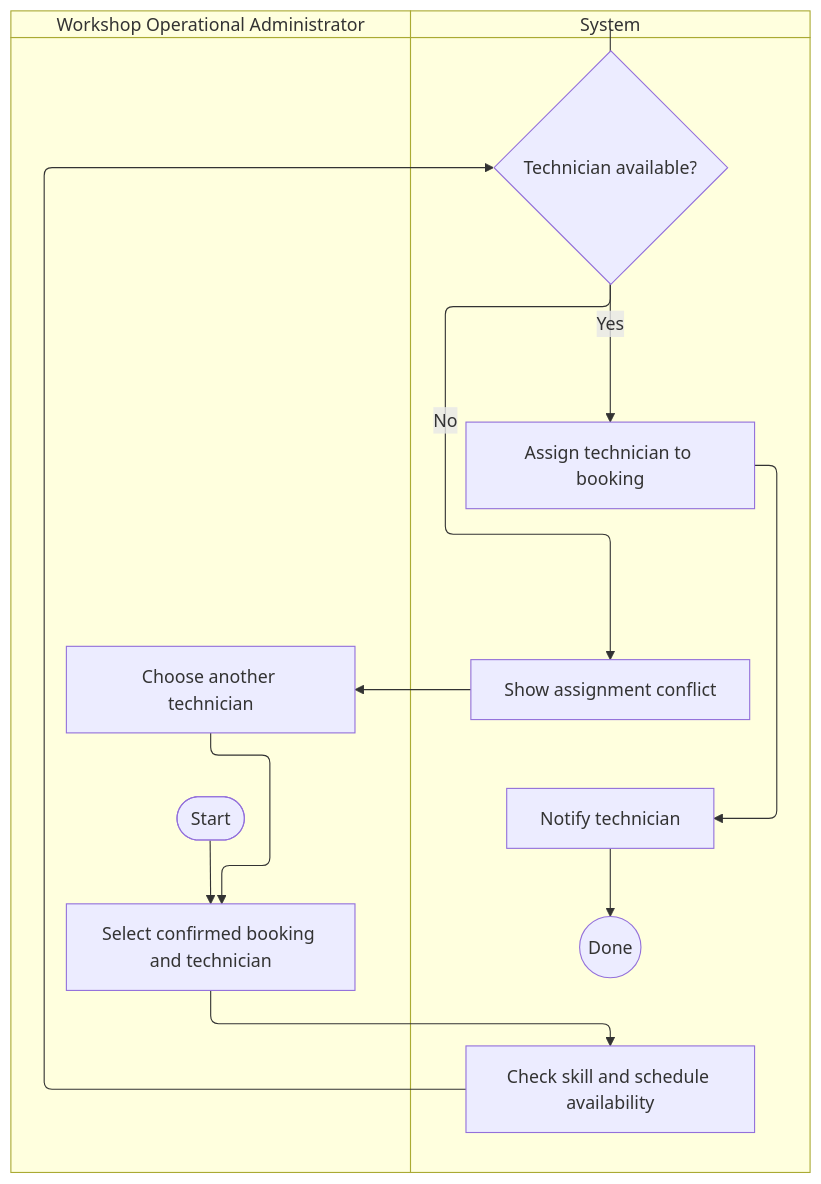
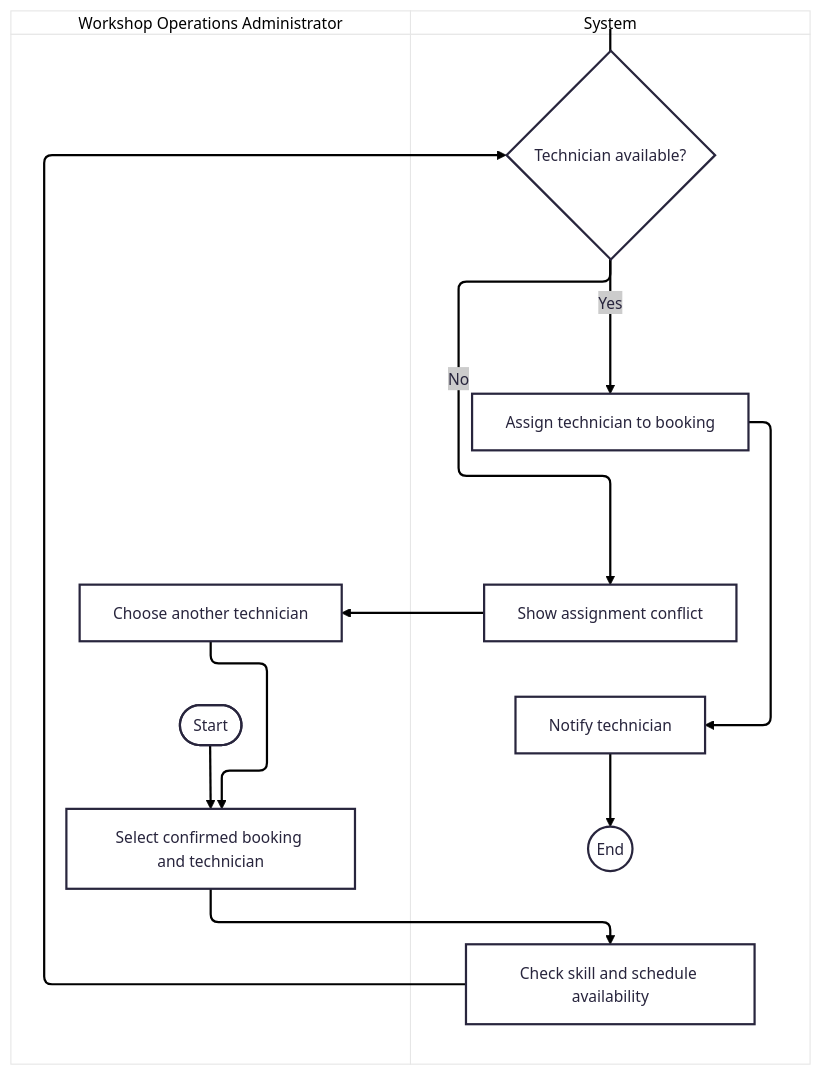
One commit to Service-Ride-Project/dokumen changed the diagram in skpl/Activity Diagram/19-assign-technician.mmd. Above: the diagram before and after it, drawn with Mermaid. The commit also changed 37 other files, not shown here.

```diff
--- a/skpl/Activity Diagram/19-assign-technician.mmd
+++ b/skpl/Activity Diagram/19-assign-technician.mmd
@@ -1,19 +1,20 @@
+%%{init: {"theme": "redux-color"}}%%
 swimlane-beta TB
-  subgraph WorkshopOperationalAdministrator["Workshop Operational Administrator"]
+  subgraph WorkshopOperationalAdministrator["Workshop Operations Administrator"]
     start([Start])
     pick[Select confirmed booking and technician]
     retry[Choose another technician]
   end
 
   subgraph System["System"]
     check[Check skill and schedule availability]
     available{Technician available?}
     assign[Assign technician to booking]
     error[Show assignment conflict]
     notify[Notify technician]
-    done((Done))
+    finish((End))
   end
 
   start --> pick --> check --> available
   available -->|No| error --> retry --> pick
-  available -->|Yes| assign --> notify --> done
+  available -->|Yes| assign --> notify --> finish
```
